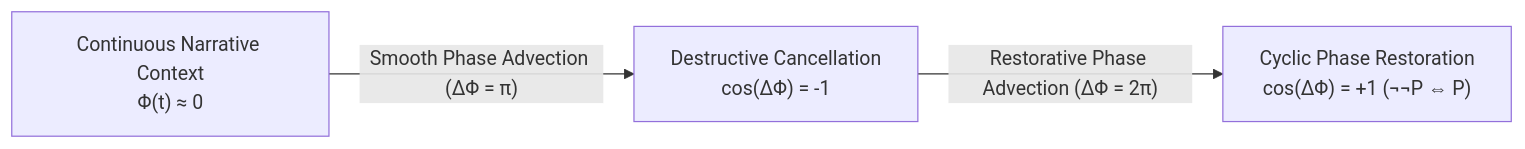
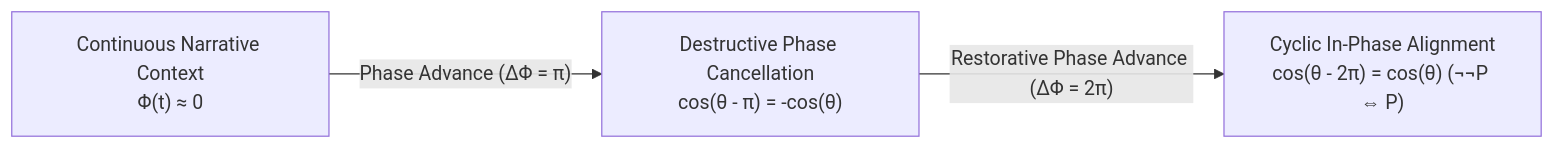
One commit to 3y3y3y-huaiji/mobius-attention changed the second of 3 diagrams in README.md. Above: the diagram before and after it, drawn with Mermaid. The commit also changed other lines of this file and 17 other files, not shown here.

````diff
--- a/README.md
+++ b/README.md
@@ -104,5 +104,5 @@
 ```mermaid
 flowchart LR
-    P1["Continuous Narrative Context<br>Φ(t) ≈ 0"] -->|"Smooth Phase Advection (ΔΦ = π)"| N["Destructive Cancellation<br>cos(ΔΦ) = -1"]
-    N -->|"Restorative Phase Advection (ΔΦ = 2π)"| P2["Cyclic Phase Restoration<br>cos(ΔΦ) = +1 (¬¬P ⇔ P)"]
+    P1["Continuous Narrative Context<br>Φ(t) ≈ 0"] -->|"Phase Advance (ΔΦ = π)"| N["Destructive Phase Cancellation<br>cos(θ - π) = -cos(θ)"]
+    N -->|"Restorative Phase Advance (ΔΦ = 2π)"| P2["Cyclic In-Phase Alignment<br>cos(θ - 2π) = cos(θ) (¬¬P ⇔ P)"]
 ```
````
